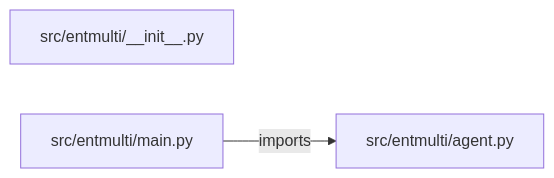
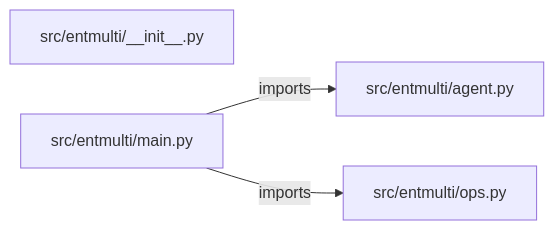
One commit to iarsingh/enterprise-multi-agent-platform changed the diagram in PROJECT_ARCHITECTURE.md. Above: the diagram before and after it, drawn with Mermaid. The commit also changed other lines of this file and 2 other files, not shown here.

Commit message:
Refresh architecture and interview guides from current implementation

````diff
--- a/PROJECT_ARCHITECTURE.md
+++ b/PROJECT_ARCHITECTURE.md
@@ -13,7 +13,9 @@
 ```mermaid
 flowchart LR
     M0["src/entmulti/__init__.py"]
     M1["src/entmulti/agent.py"]
     M2["src/entmulti/main.py"]
+    M3["src/entmulti/ops.py"]
     M2 -->|imports| M1
+    M2 -->|imports| M3
 ```
````
